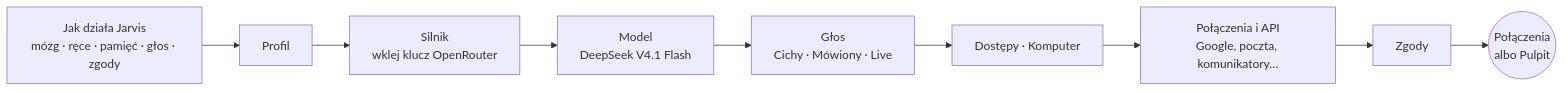
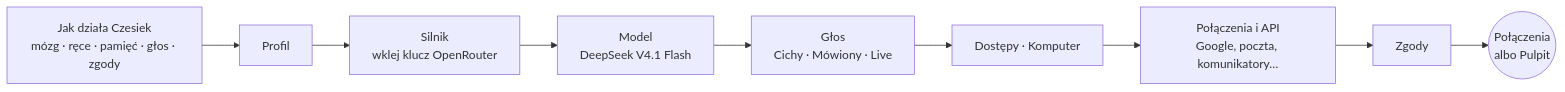
The first of 14 diagrams in README.md (aievolutionpl/ai-evolution-jarvis), drawn with Mermaid before and after one commit. The commit also changed other lines of this file, not shown here.

Commit message:
docs(readme): narracja Agent Czesiek + szybki start na gorze, dlugie sekcje w dol (#44)

````diff
--- a/README.md
+++ b/README.md
@@ -131,11 +81,11 @@
 ```mermaid
 flowchart LR
-    W["Jak działa Jarvis<br/>mózg · ręce · pamięć · głos · zgody"] --> P["Profil"]
+    W["Jak działa Czesiek<br/>mózg · ręce · pamięć · głos · zgody"] --> P["Profil"]
     P --> S["Silnik<br/>wklej klucz OpenRouter"]
     S --> M["Model<br/>DeepSeek V4.1 Flash"]
     M --> G["Głos<br/>Cichy · Mówiony · Live"]
     G --> D["Dostępy · Komputer"]
     D --> C["Połączenia i API<br/>Google, poczta, komunikatory…"]
     C --> Z["Zgody"]
     Z --> J(("Połączenia<br/>albo Pulpit"))
 ```
````
